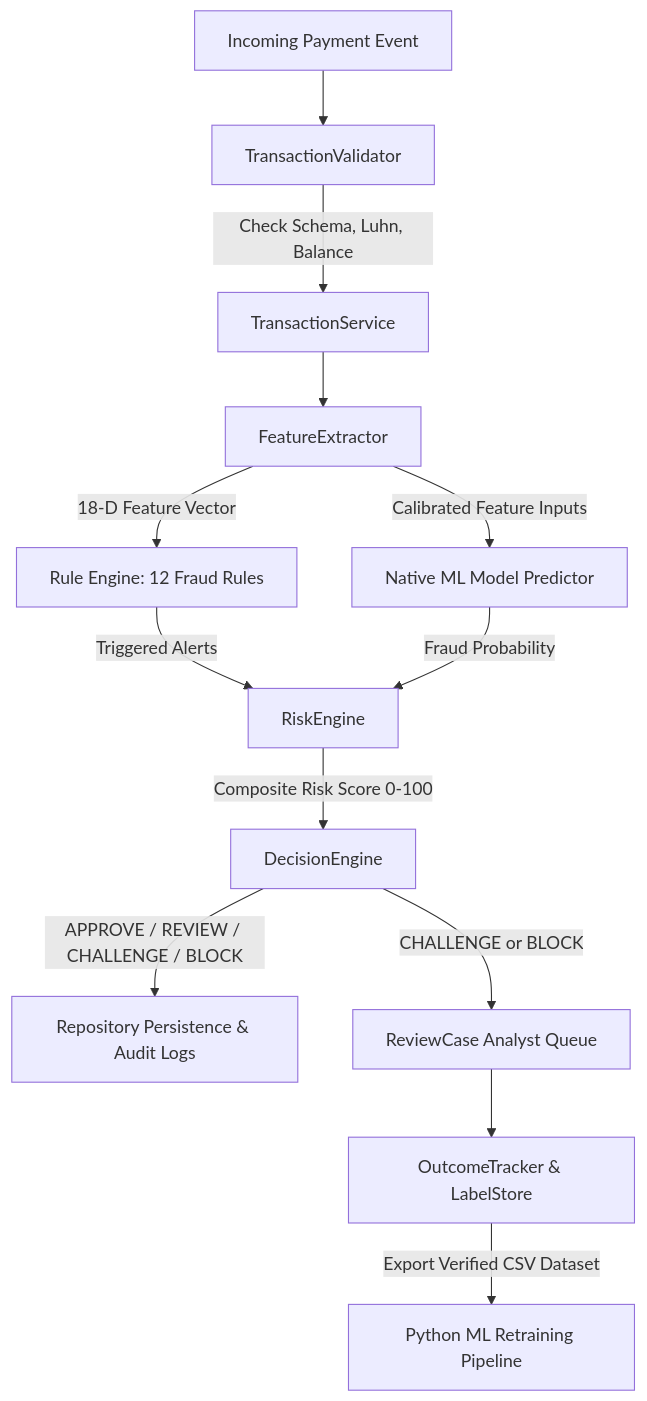
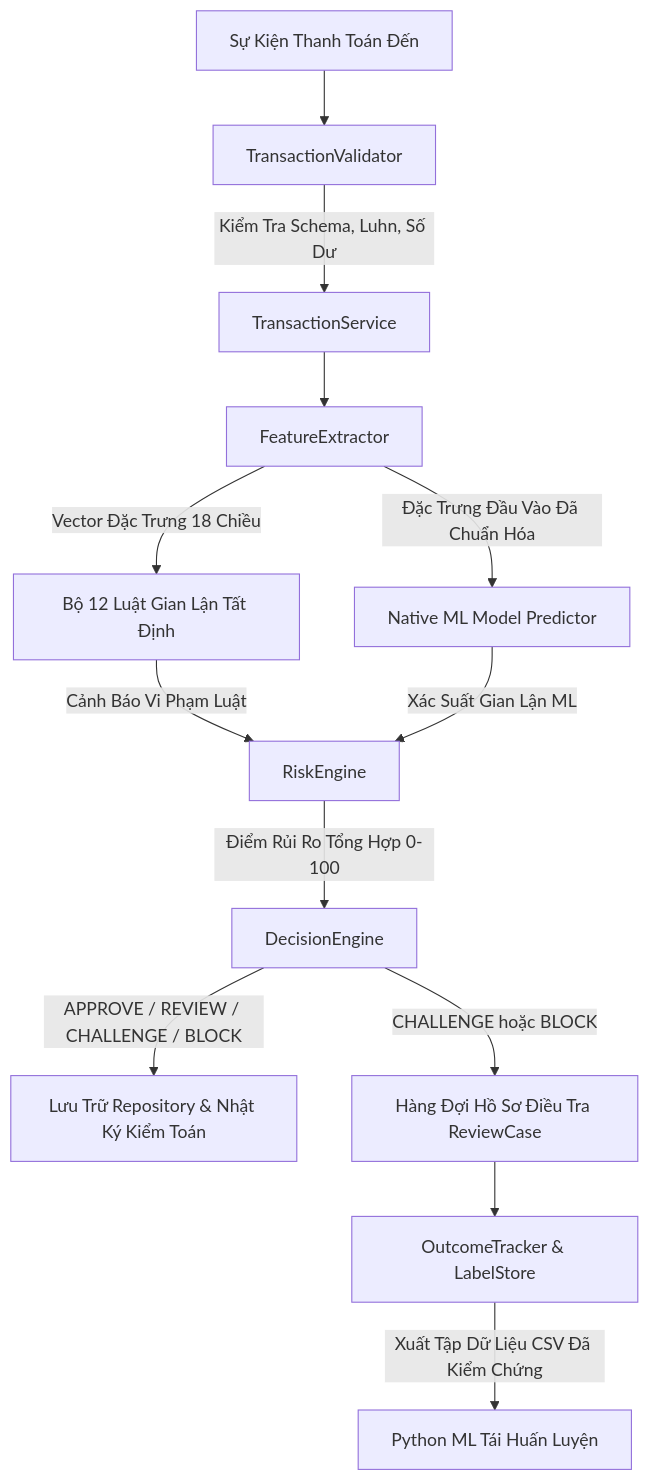
One commit to Hoanglovecode/Electronic-Payment-Fraud-Detection---Risk-management changed the diagram in README.md. Above: the diagram before and after it, drawn with Mermaid. The commit also changed other lines of this file, not shown here.

````diff
--- a/README.md
+++ b/README.md
@@ -23,15 +24,15 @@
 ```mermaid
 graph TD
-    A[Incoming Payment Event] --> B[TransactionValidator]
-    B -->|Check Schema, Luhn, Balance| C[TransactionService]
+    A[Sự Kiện Thanh Toán Đến] --> B[TransactionValidator]
+    B -->|Kiểm Tra Schema, Luhn, Số Dư| C[TransactionService]
     C --> D[FeatureExtractor]
-    D -->|18-D Feature Vector| E[Rule Engine: 12 Fraud Rules]
-    D -->|Calibrated Feature Inputs| F[Native ML Model Predictor]
-    E -->|Triggered Alerts| G[RiskEngine]
-    F -->|Fraud Probability| G
-    G -->|Composite Risk Score 0-100| H[DecisionEngine]
-    H -->|APPROVE / REVIEW / CHALLENGE / BLOCK| I[Repository Persistence & Audit Logs]
-    H -->|CHALLENGE or BLOCK| J[ReviewCase Analyst Queue]
+    D -->|Vector Đặc Trưng 18 Chiều| E[Bộ 12 Luật Gian Lận Tất Định]
+    D -->|Đặc Trưng Đầu Vào Đã Chuẩn Hóa| F[Native ML Model Predictor]
+    E -->|Cảnh Báo Vi Phạm Luật| G[RiskEngine]
+    F -->|Xác Suất Gian Lận ML| G
+    G -->|Điểm Rủi Ro Tổng Hợp 0-100| H[DecisionEngine]
+    H -->|APPROVE / REVIEW / CHALLENGE / BLOCK| I[Lưu Trữ Repository & Nhật Ký Kiểm Toán]
+    H -->|CHALLENGE hoặc BLOCK| J[Hàng Đợi Hồ Sơ Điều Tra ReviewCase]
     J --> K[OutcomeTracker & LabelStore]
-    K -->|Export Verified CSV Dataset| L[Python ML Retraining Pipeline]
+    K -->|Xuất Tập Dữ Liệu CSV Đã Kiểm Chứng| L[Python ML Tái Huấn Luyện]
 ```
````
